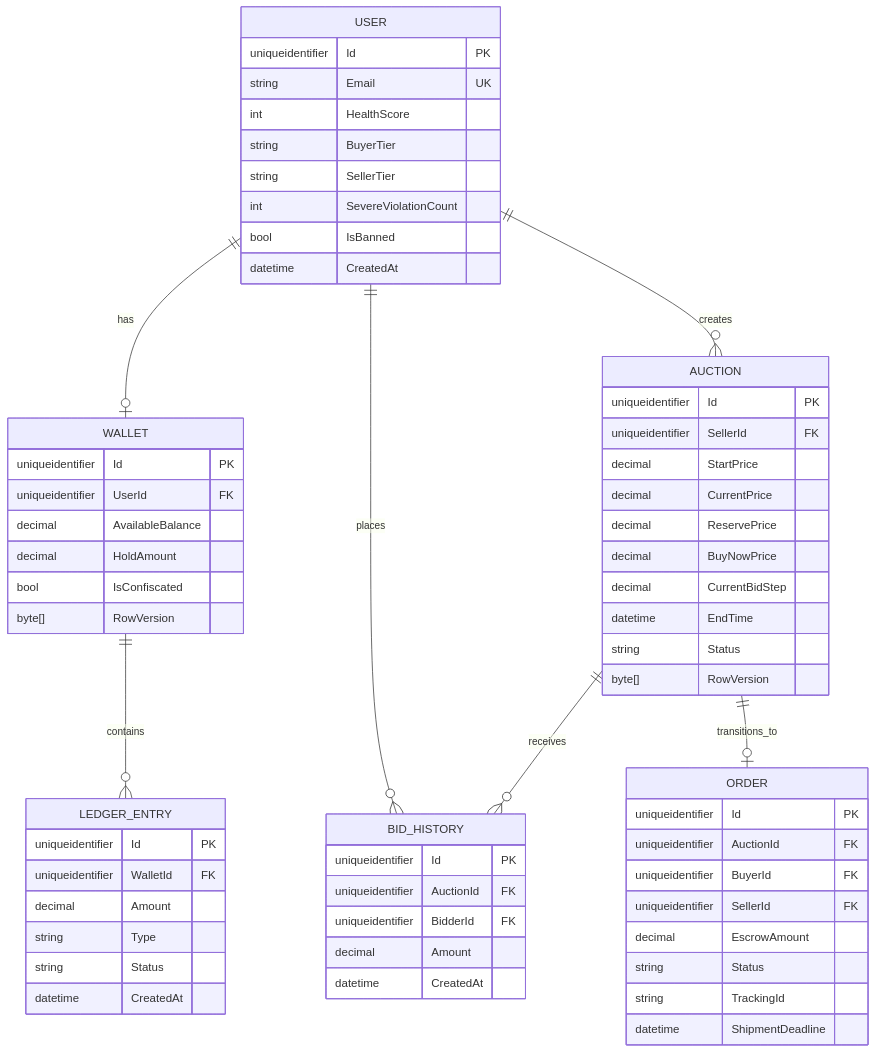
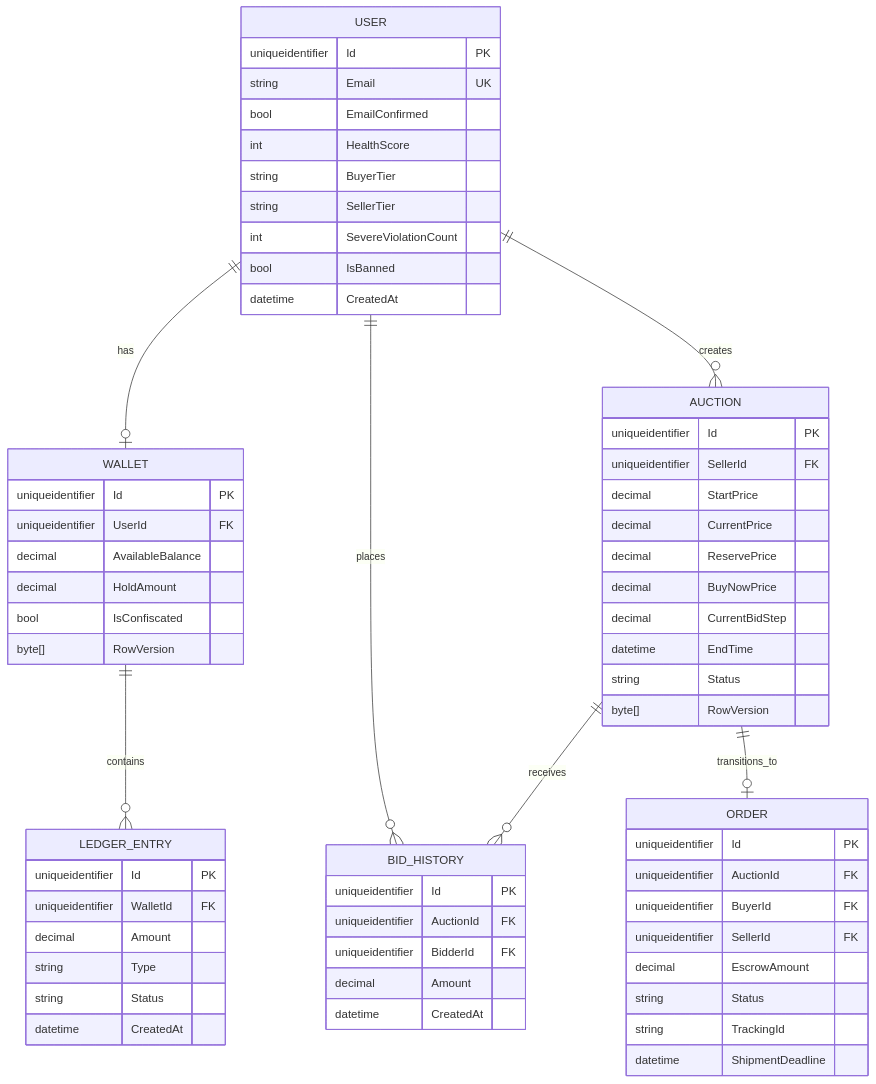
One commit to Fangko999/SafeBid changed the diagram in SPEC.md. Above: the diagram before and after it, drawn with Mermaid. The commit also changed 8 other files, not shown here.

````diff
--- a/SPEC.md
+++ b/SPEC.md
@@ -25,65 +25,66 @@
 ```mermaid
 erDiagram
     USER {
         uniqueidentifier Id PK
         string Email UK
+        bool EmailConfirmed
         int HealthScore
         string BuyerTier
         string SellerTier
         int SevereViolationCount
         bool IsBanned
         datetime CreatedAt
     }
     WALLET {
         uniqueidentifier Id PK
         uniqueidentifier UserId FK
         decimal AvailableBalance
         decimal HoldAmount
         bool IsConfiscated
         byte[] RowVersion
     }
     LEDGER_ENTRY {
         uniqueidentifier Id PK
         uniqueidentifier WalletId FK
         decimal Amount
         string Type
         string Status
         datetime CreatedAt
     }
     AUCTION {
         uniqueidentifier Id PK
         uniqueidentifier SellerId FK
         decimal StartPrice
         decimal CurrentPrice
         decimal ReservePrice
         decimal BuyNowPrice
         decimal CurrentBidStep
         datetime EndTime
         string Status
         byte[] RowVersion
     }
     BID_HISTORY {
         uniqueidentifier Id PK
         uniqueidentifier AuctionId FK
         uniqueidentifier BidderId FK
         decimal Amount
         datetime CreatedAt
     }
     ORDER {
         uniqueidentifier Id PK
         uniqueidentifier AuctionId FK
         uniqueidentifier BuyerId FK
         uniqueidentifier SellerId FK
         decimal EscrowAmount
         string Status
         string TrackingId
         datetime ShipmentDeadline
     }
     
     USER ||--o| WALLET : has
     WALLET ||--o{ LEDGER_ENTRY : contains
     USER ||--o{ AUCTION : creates
     AUCTION ||--o{ BID_HISTORY : receives
     USER ||--o{ BID_HISTORY : places
     AUCTION ||--o| ORDER : transitions_to
 ```
````
